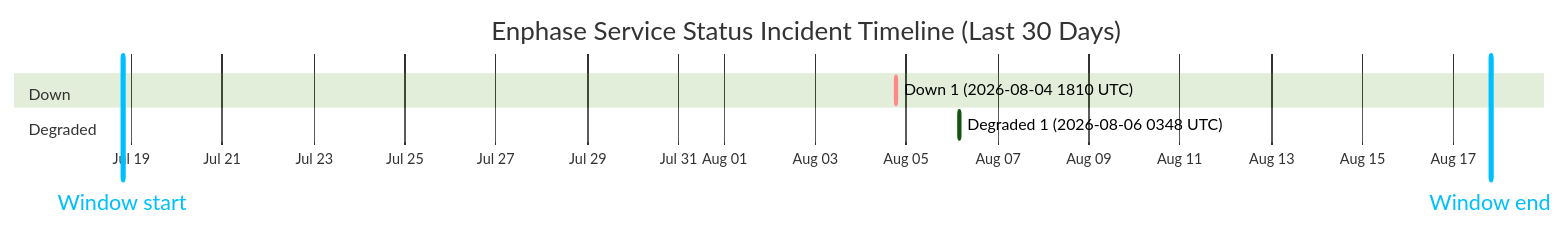
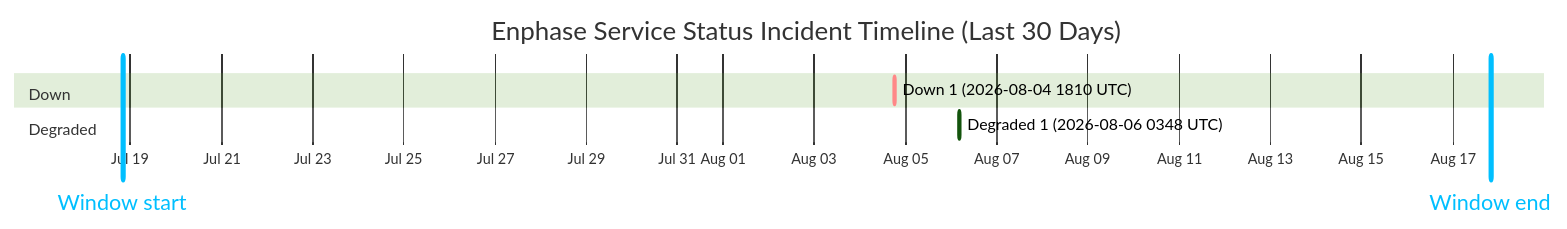
Before and after one commit to barneyonline/ha-enphase-energy: the diagram in wiki/Service-Status-History.md, drawn with Mermaid (forest theme). The commit also changed other lines of this file and 3 other files, not shown here.

````diff
--- a/wiki/Service-Status-History.md
+++ b/wiki/Service-Status-History.md
@@ -14,12 +14,12 @@
 ```mermaid
 gantt
     title Enphase Service Status Incident Timeline (Last 30 Days)
     dateFormat  YYYY-MM-DDTHH:mm:ss
     axisFormat  %b %d
-    Window start :vert, window-start, 2026-07-18T19:25:48, 0ms
-    Window end :vert, window-end, 2026-08-17T19:25:48, 0ms
+    Window start :vert, window-start, 2026-07-18T19:50:45, 0ms
+    Window end :vert, window-end, 2026-08-17T19:50:45, 0ms
     section Down
     Down 1 (2026-08-04 1810 UTC) :crit, down-1, 2026-08-04T18:10:46, 60m
     section Degraded
     Degraded 1 (2026-08-06 0348 UTC) :active, degraded-1, 2026-08-06T03:48:14, 60m
 ```
````
